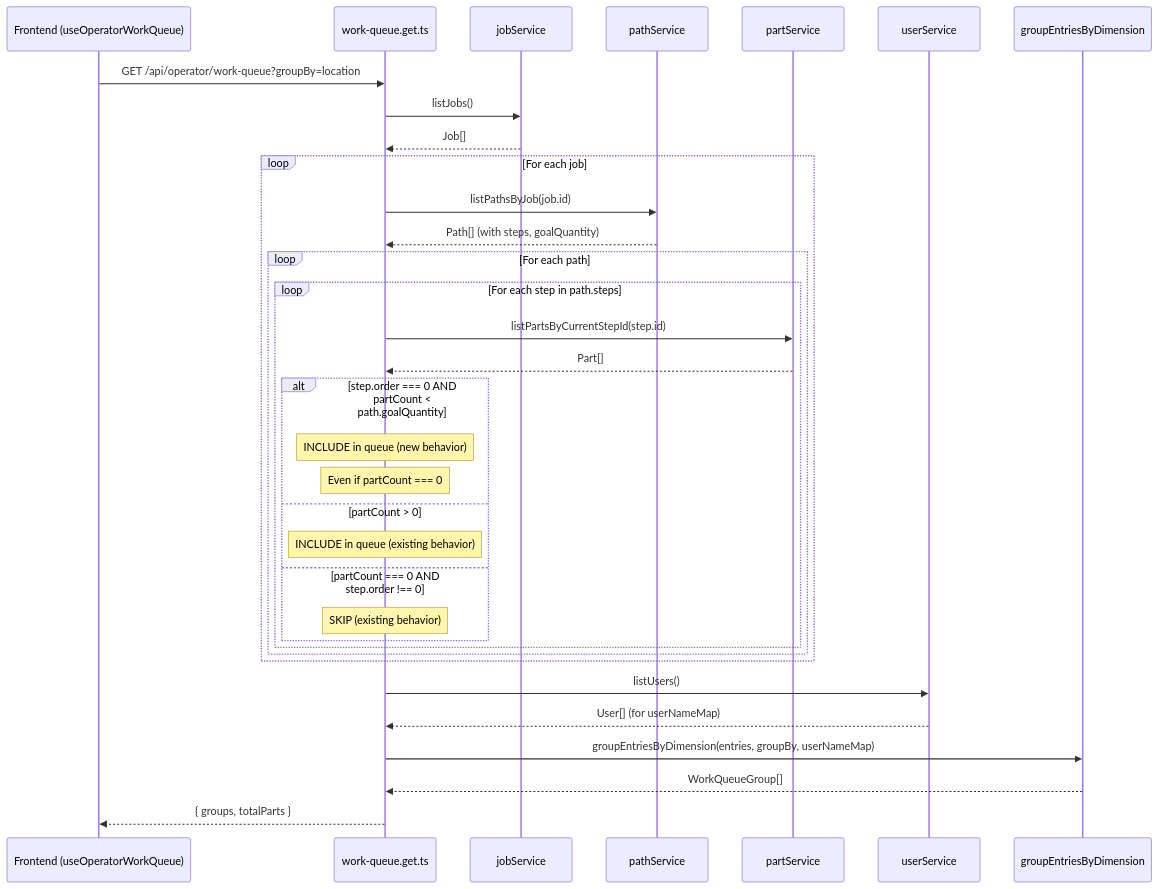
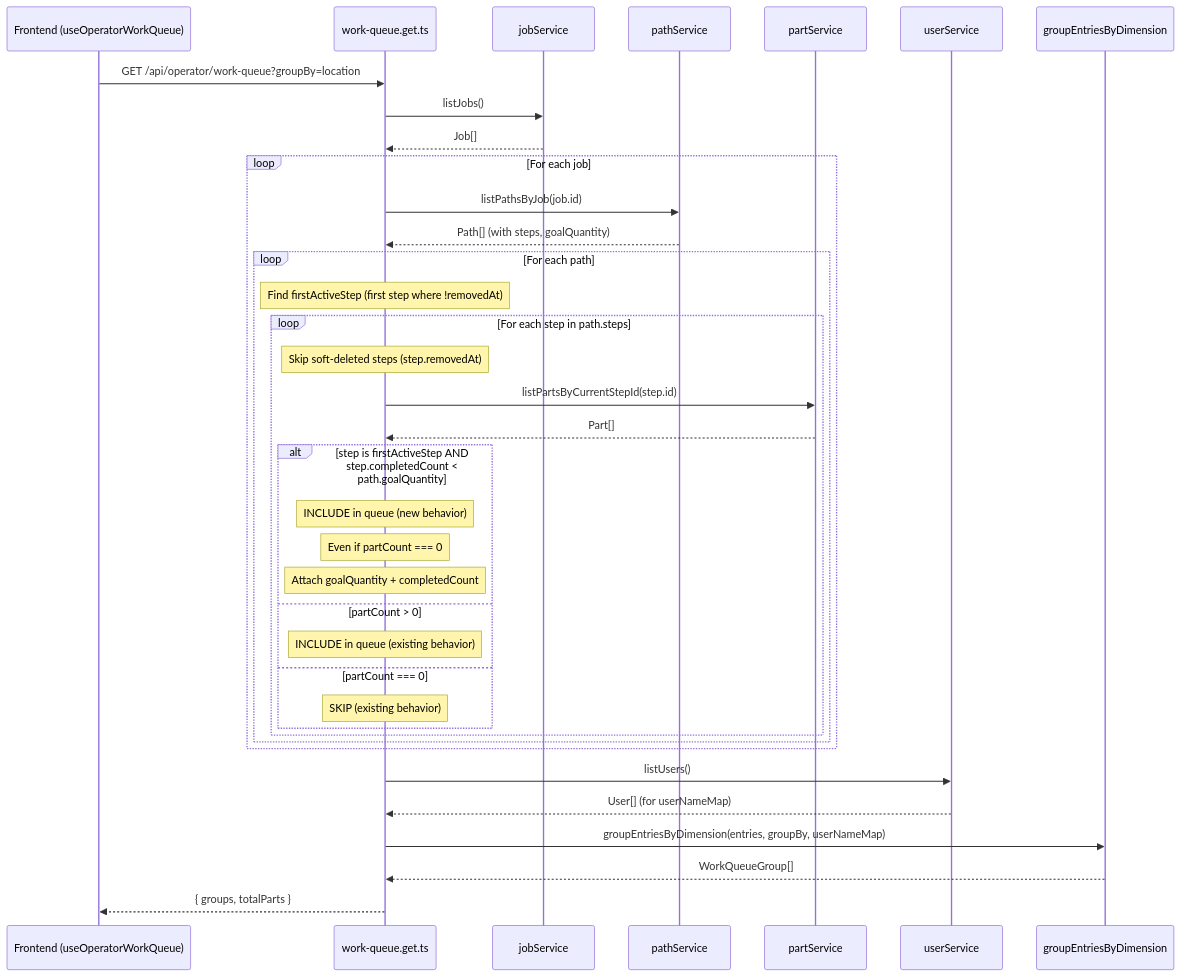
The second of 2 diagrams in .kiro/specs/work-queue-first-step/design.md (XanderLuciano/shop-planr), drawn with Mermaid before and after one commit. The commit also changed other lines of this file, not shown here.

First line of the commit message:
feat: update work queue first-step design doc with completedCount logic and dead code cleanup scope

````diff
--- a/.kiro/specs/work-queue-first-step/design.md
+++ b/.kiro/specs/work-queue-first-step/design.md
@@ -63,41 +111,45 @@
 ```mermaid
 sequenceDiagram
     participant Client as Frontend (useOperatorWorkQueue)
     participant API as work-queue.get.ts
     participant JS as jobService
     participant PS as pathService
     participant PTS as partService
     participant US as userService
     participant GRP as groupEntriesByDimension
 
     Client->>API: GET /api/operator/work-queue?groupBy=location
     API->>JS: listJobs()
     JS-->>API: Job[]
 
     loop For each job
         API->>PS: listPathsByJob(job.id)
         PS-->>API: Path[] (with steps, goalQuantity)
 
         loop For each path
+            Note over API: Find firstActiveStep (first step where !removedAt)
+
             loop For each step in path.steps
+                Note over API: Skip soft-deleted steps (step.removedAt)
                 API->>PTS: listPartsByCurrentStepId(step.id)
                 PTS-->>API: Part[]
 
-                alt step.order === 0 AND partCount < path.goalQuantity
+                alt step is firstActiveStep AND step.completedCount < path.goalQuantity
                     Note over API: INCLUDE in queue (new behavior)
                     Note over API: Even if partCount === 0
+                    Note over API: Attach goalQuantity + completedCount
                 else partCount > 0
                     Note over API: INCLUDE in queue (existing behavior)
-                else partCount === 0 AND step.order !== 0
+                else partCount === 0
                     Note over API: SKIP (existing behavior)
                 end
             end
         end
     end
 
     API->>US: listUsers()
     US-->>API: User[] (for userNameMap)
     API->>GRP: groupEntriesByDimension(entries, groupBy, userNameMap)
     GRP-->>API: WorkQueueGroup[]
     API-->>Client: { groups, totalParts }
 ```
````
